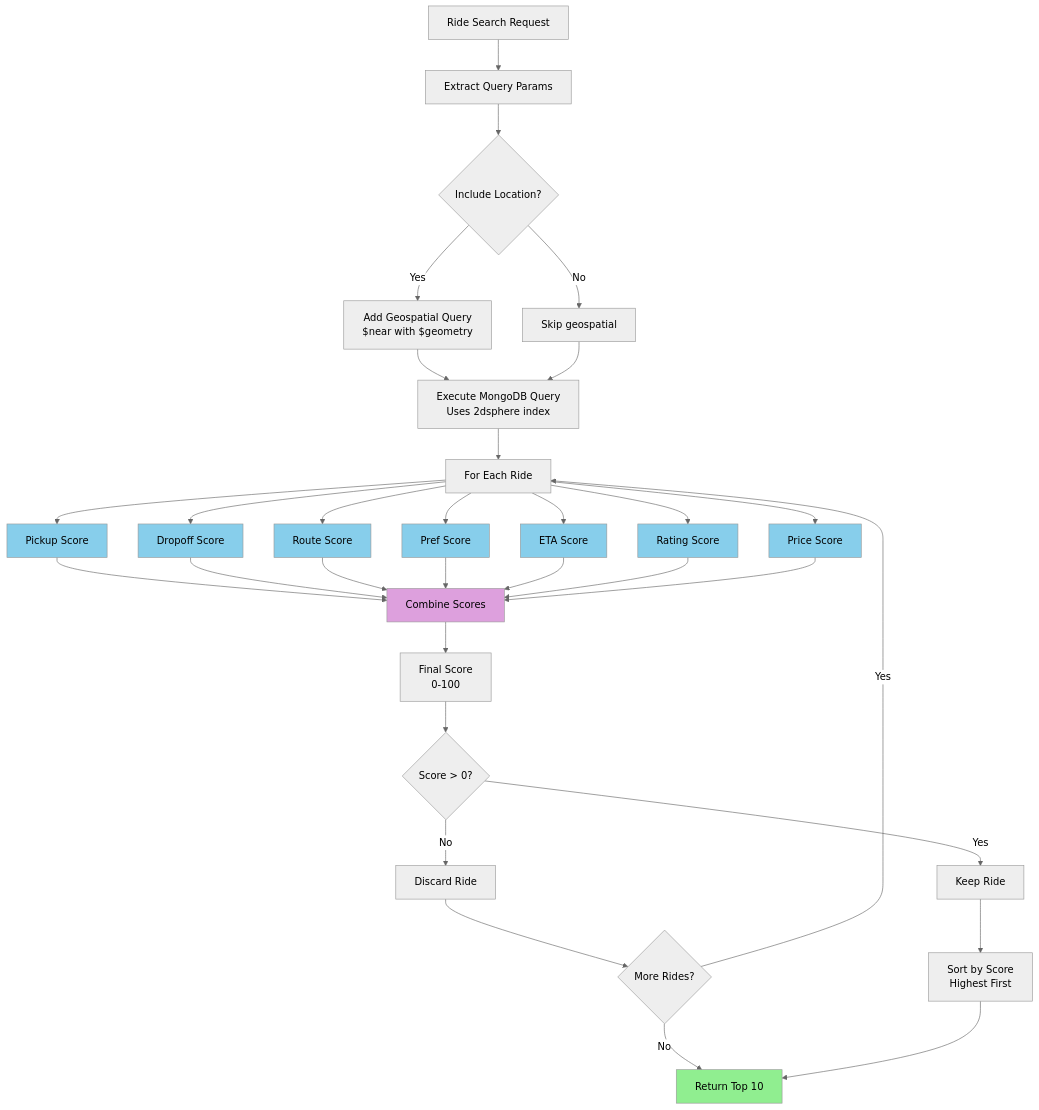
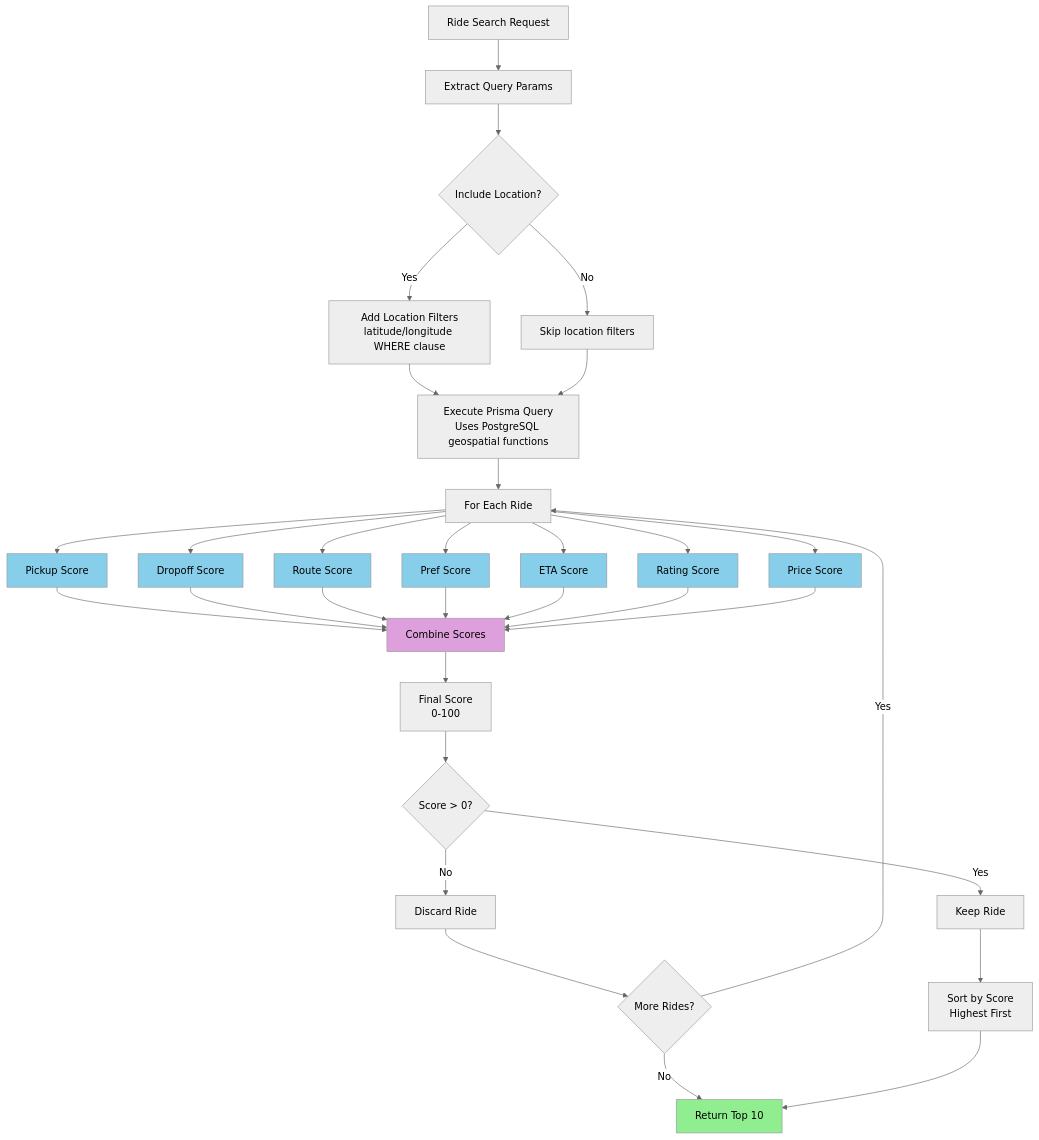
One commit to mayankkmauryaa/Carpooling-System changed the third of 4 diagrams in docs/WORKFLOW.md. Above: the diagram before and after it, drawn with Mermaid (neutral theme). The commit also changed other lines of this file and 74 other files, not shown here.

````diff
--- a/docs/WORKFLOW.md
+++ b/docs/WORKFLOW.md
@@ -1431,52 +1435,52 @@
 ```mermaid
 flowchart TD
     A[Ride Search Request] --> B[Extract Query Params]
 
     B --> C{Include Location?}
-    C -->|Yes| D[Add Geospatial Query<br/>$near with $geometry]
-    C -->|No| E[Skip geospatial]
+    C -->|Yes| D[Add Location Filters<br/>latitude/longitude WHERE clause]
+    C -->|No| E[Skip location filters]
 
-    D --> F[Execute MongoDB Query<br/>Uses 2dsphere index]
+    D --> F[Execute Prisma Query<br/>Uses PostgreSQL geospatial functions]
     E --> F
 
     F --> G[For Each Ride]
 
     G --> H1[Pickup Score]
     G --> H2[Dropoff Score]
     G --> H3[Route Score]
     G --> H4[Pref Score]
     G --> H5[ETA Score]
     G --> H6[Rating Score]
     G --> H7[Price Score]
 
     H1 --> I[Combine Scores]
     H2 --> I
     H3 --> I
     H4 --> I
     H5 --> I
     H6 --> I
     H7 --> I
 
     I --> J[Final Score<br/>0-100]
 
     J --> K{Score > 0?}
     K -->|No| L[Discard Ride]
     K -->|Yes| M[Keep Ride]
 
     M --> N[Sort by Score<br/>Highest First]
     L --> O{More Rides?}
     O -->|Yes| G
     O -->|No| P[Return Top 10]
 
     N --> P
 
     style H1 fill:#87ceeb
     style H2 fill:#87ceeb
     style H3 fill:#87ceeb
     style H4 fill:#87ceeb
     style H5 fill:#87ceeb
     style H6 fill:#87ceeb
     style H7 fill:#87ceeb
     style I fill:#dda0dd
     style P fill:#90ee90,color:#000
 ```
````
